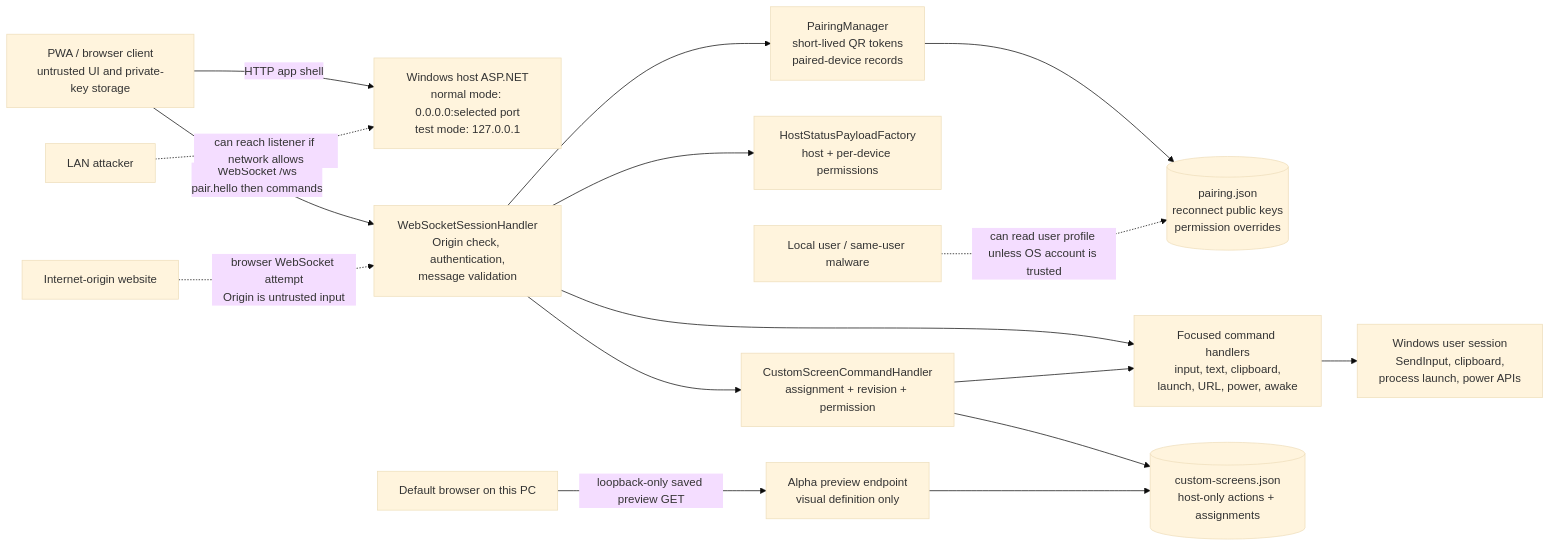
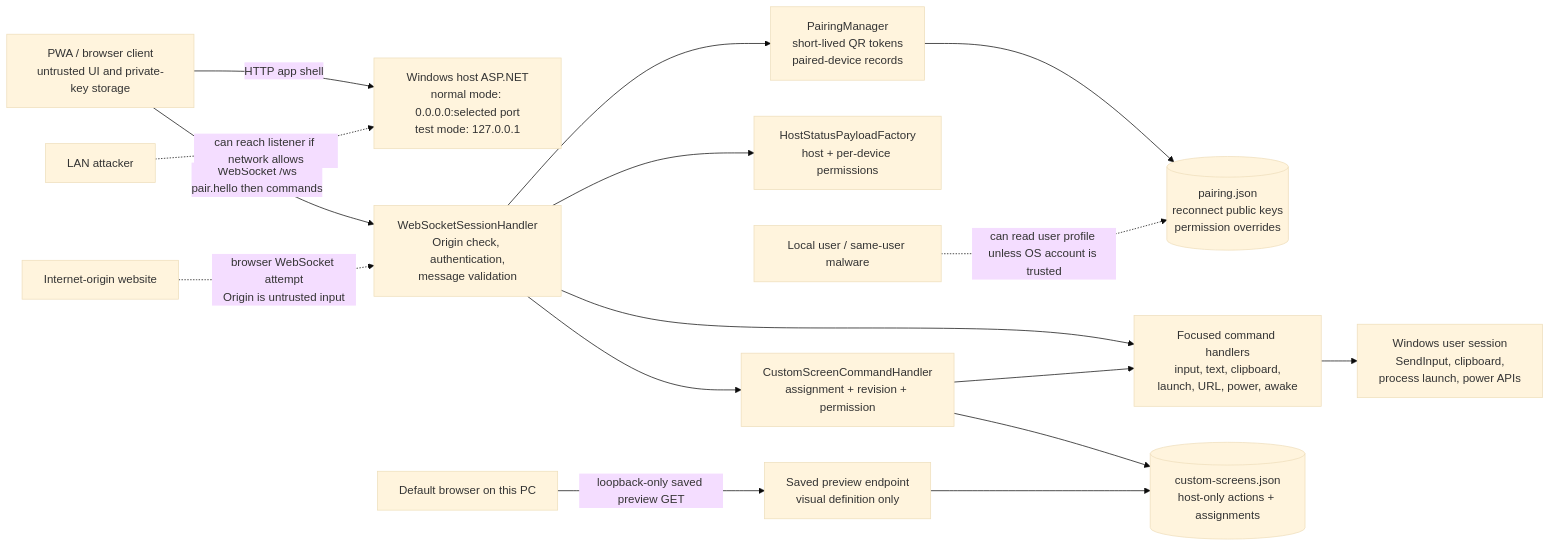
The first of 4 diagrams in docs/security-architecture-diagrams.md (voltura/voltura-air), drawn with Mermaid (base theme) before and after one commit. The commit also changed other lines of this file and 41 other files, not shown here.

````diff
--- a/docs/security-architecture-diagrams.md
+++ b/docs/security-architecture-diagrams.md
@@ -8,19 +8,19 @@
 ```mermaid
 flowchart LR
   Client["PWA / browser client\nuntrusted UI and private-key storage"] -->|"HTTP app shell"| HostWeb["Windows host ASP.NET\nnormal mode: 0.0.0.0:selected port\ntest mode: 127.0.0.1"]
   Client -->|"WebSocket /ws\npair.hello then commands"| Session["WebSocketSessionHandler\nOrigin check, authentication,\nmessage validation"]
   Session --> Pairing["PairingManager\nshort-lived QR tokens\npaired-device records"]
   Pairing --> Store[("pairing.json\nreconnect public keys\npermission overrides")]
   Session --> Policy["HostStatusPayloadFactory\nhost + per-device permissions"]
   Session --> Handlers["Focused command handlers\ninput, text, clipboard,\nlaunch, URL, power, awake"]
   Session --> CustomHandler["CustomScreenCommandHandler\nassignment + revision + permission"]
   CustomHandler --> CustomStore[("custom-screens.json\nhost-only actions + assignments")]
   CustomHandler --> Handlers
-  LocalBrowser["Default browser on this PC"] -->|"loopback-only saved preview GET"| Preview["Alpha preview endpoint\nvisual definition only"]
+  LocalBrowser["Default browser on this PC"] -->|"loopback-only saved preview GET"| Preview["Saved preview endpoint\nvisual definition only"]
   Preview --> CustomStore
   Handlers --> Windows["Windows user session\nSendInput, clipboard,\nprocess launch, power APIs"]
 
   Internet["Internet-origin website"] -. "browser WebSocket attempt\nOrigin is untrusted input" .-> Session
   Lan["LAN attacker"] -. "can reach listener if network allows" .-> HostWeb
   Local["Local user / same-user malware"] -. "can read user profile unless OS account is trusted" .-> Store
 ```
````
